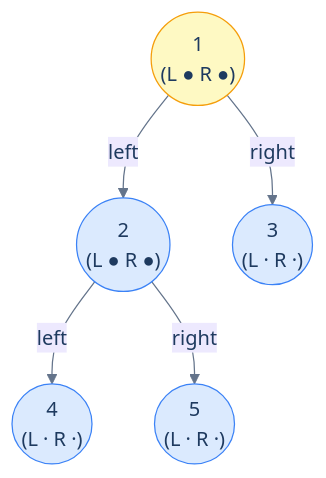
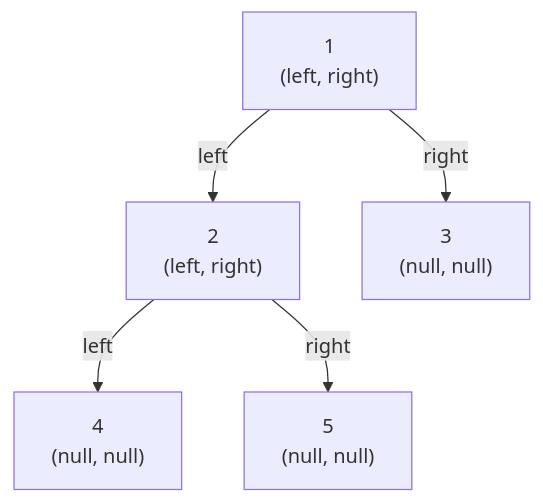
One commit to ani2fun/codefolio changed the diagram in content/cortex/data-structures-and-algorithms/03-trees/01-binary-tree/03-linked-list-implementation-of-binary-trees.md. Above: the diagram before and after it, drawn with Mermaid. The commit also changed other lines of this file and 1049 other files, not shown here.

````diff
--- a/content/cortex/data-structures-and-algorithms/03-trees/01-binary-tree/03-linked-list-implementation-of-binary-trees.md
+++ b/content/cortex/data-structures-and-algorithms/03-trees/01-binary-tree/03-linked-list-implementation-of-binary-trees.md
@@ -181,24 +65,12 @@
 ```mermaid
----
-config:
-  theme: base
-  themeVariables:
-    primaryColor: "#dbeafe"
-    primaryBorderColor: "#3b82f6"
-    primaryTextColor: "#1e3a5f"
-    lineColor: "#64748b"
-    secondaryColor: "#ede9fe"
-    tertiaryColor: "#fef9c3"
----
 flowchart TB
-    R(("1<br/>(L ● R ●)"))
-    A(("2<br/>(L ● R ●)"))
-    B(("3<br/>(L · R ·)"))
-    C(("4<br/>(L · R ·)"))
-    D(("5<br/>(L · R ·)"))
-    R -->|"left"| A
-    R -->|"right"| B
-    A -->|"left"| C
-    A -->|"right"| D
-    style R fill:#fef9c3,stroke:#f59e0b
+  R["1<br/>(left, right)"]
+  A["2<br/>(left, right)"]
+  B["3<br/>(null, null)"]
+  C["4<br/>(null, null)"]
+  D["5<br/>(null, null)"]
+  R -->|left| A
+  R -->|right| B
+  A -->|left| C
+  A -->|right| D
 ```
````
